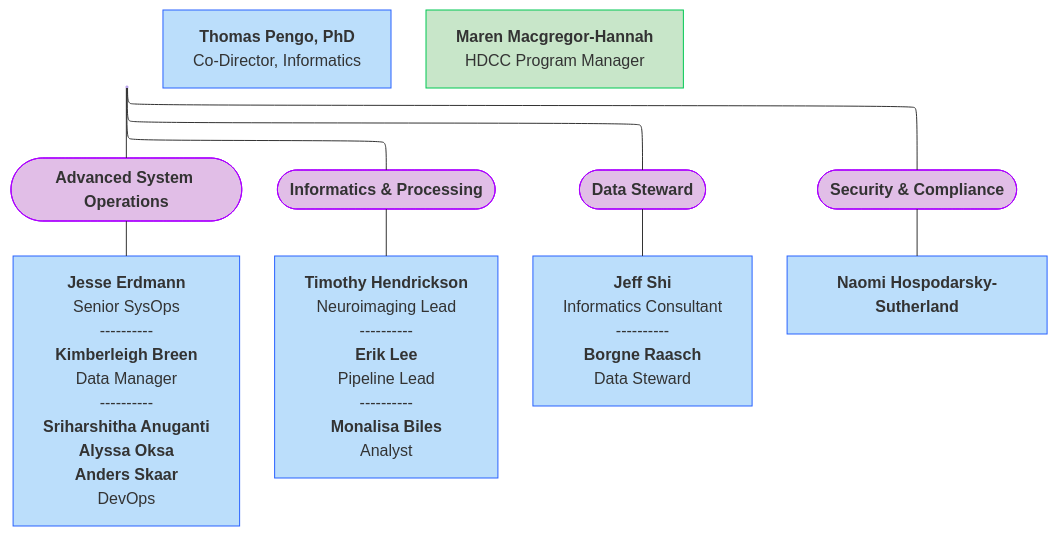
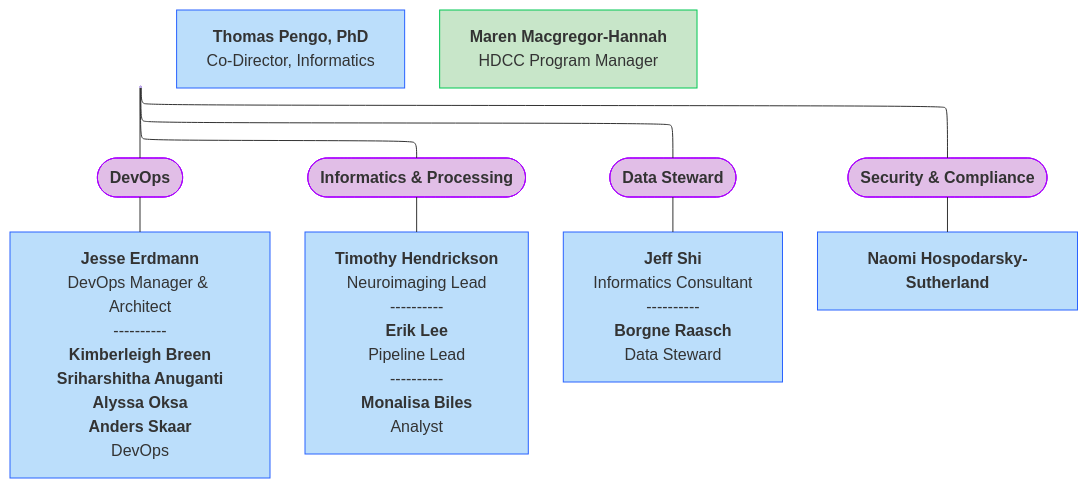
Before and after one commit to DCAN-Labs/hbcd-docs-internal: the diagram in docs/orgcharts/mermaid/midb-informatics.mmd, drawn with Mermaid. The commit also changed 2 other files, not shown here.

Commit message:
corrections to informatics OC

```diff
--- a/docs/orgcharts/mermaid/midb-informatics.mmd
+++ b/docs/orgcharts/mermaid/midb-informatics.mmd
@@ -1,35 +1,32 @@
 ---
 config:
   layout: elk
 ---
 flowchart TB
-    L["<b>Maren Macgregor-Hannah</b><br>HDCC Program Manager"] --- N(["<b>Advanced System Operations</b>"]) & O(["<b>Informatics &amp; Processing</b>"]) & P(["<b>Data Steward</b>"]) & n8(["<b>Security &amp; Compliance</b>"])
-    N --- Q["<b>Jesse Erdmann</b><br>Senior SysOps
-    ----------
-    <b>Kimberleigh Breen</b><br>Data Manager
-    ----------
-    <b>Sriharshitha Anuganti<br>Alyssa Oksa<br>Anders Skaar</b><br>DevOps"]
+    L["<b>Maren Macgregor-Hannah</b><br>HDCC Program Manager"] --- N(["<b>DevOps</b>"]) & O(["<b>Informatics &amp; Processing</b>"]) & P(["<b>Data Steward</b>"]) & n8(["<b>Security &amp; Compliance</b>"])
+    N --- Q@{ label: "<b>Jesse Erdmann</b><br><span style=\"color:\">DevOps Manager &amp; Architect<br></span>----------<br><b>Kimberleigh Breen<br></b><b>Sriharshitha Anuganti<br>Alyssa Oksa<br>Anders Skaar</b><br>DevOps" }
     O --- n4["<b>Timothy Hendrickson</b><br>Neuroimaging Lead
     ----------
     <b>Erik Lee</b><br>Pipeline Lead
     ----------
     <b>Monalisa Biles</b><br>Analyst"]
     P --- n7["<b>Jeff Shi</b><br>Informatics Consultant
     ----------
     <b>Borgne Raasch</b><br>Data Steward"]
     n8 --- n9["<b>Naomi Hospodarsky-Sutherland</b>"]
     n10["<b>Thomas Pengo, PhD</b><br>Co-Director, Informatics"]
     n11["<b>Maren Macgregor-Hannah</b><br>HDCC Program Manager"]
     L@{ shape: anchor}
+    Q@{ shape: rect}
     n11@{ shape: rect}
     style L fill:#C8E6C9,stroke:#00C853
     style N fill:#E1BEE7,stroke:#AA00FF
     style O fill:#E1BEE7,stroke:#AA00FF
     style P fill:#E1BEE7,stroke:#AA00FF
     style n8 fill:#E1BEE7,stroke:#AA00FF
     style Q fill:#BBDEFB,stroke:#2962FF
     style n4 fill:#BBDEFB,stroke:#2962FF
     style n7 fill:#BBDEFB,stroke:#2962FF
     style n9 fill:#BBDEFB,stroke:#2962FF
     style n10 fill:#BBDEFB,stroke:#2962FF
     style n11 fill:#C8E6C9,stroke:#00C853
```
